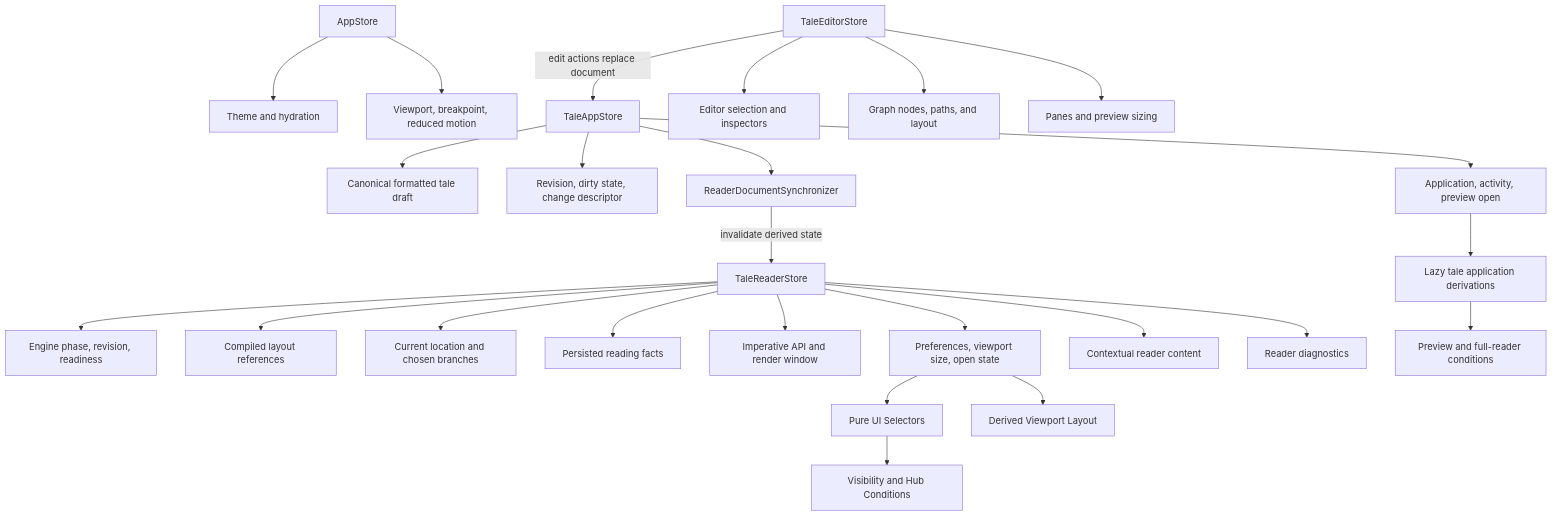
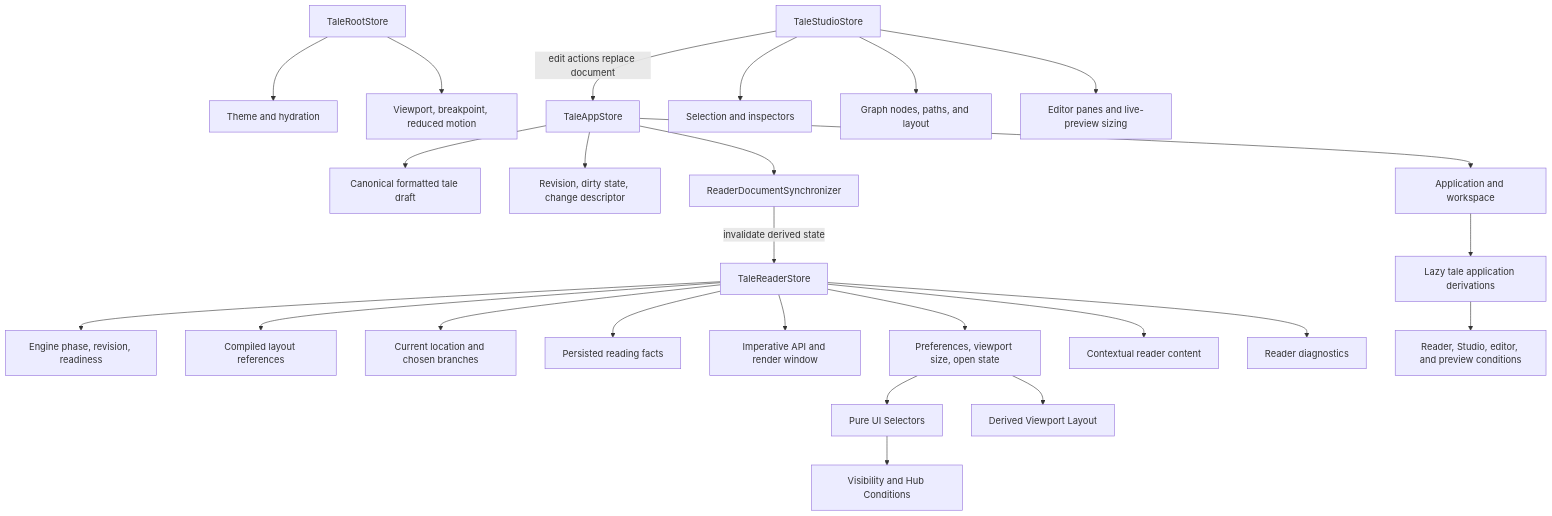
One commit to hexvictor/talescape changed the third of 6 diagrams in docs/application-architecture.md. Above: the diagram before and after it, drawn with Mermaid. The commit also changed other lines of this file and 533 other files, not shown here.

First line of the commit message:
feat(reader): complete autoplay and studio experience

````diff
--- a/docs/application-architecture.md
+++ b/docs/application-architecture.md
@@ -85,29 +89,29 @@
 ```mermaid
 flowchart TD
-    App[AppStore] --> Theme[Theme and hydration]
+    App[TaleRootStore] --> Theme[Theme and hydration]
     App --> Environment[Viewport, breakpoint, reduced motion]
     TaleApp[TaleAppStore] --> Tale[Canonical formatted tale draft]
     TaleApp --> Revision[Revision, dirty state, change descriptor]
-    TaleApp --> Runtime[Application, activity, preview open]
+    TaleApp --> Runtime[Application and workspace]
     Reader[TaleReaderStore] --> Engine[Engine phase, revision, readiness]
     Reader --> Compiled[Compiled layout references]
     Reader --> Navigation[Current location and chosen branches]
     Reader --> Progress[Persisted reading facts]
     Reader --> Scroll[Imperative API and render window]
     Reader --> UI[Preferences, viewport size, open state]
     Reader --> Hub[Contextual reader content]
     Reader --> Debug[Reader diagnostics]
-    Editor[TaleEditorStore] --> Selection[Editor selection and inspectors]
-    Editor --> EditorGraph[Graph nodes, paths, and layout]
-    Editor --> EditorWorkspace[Panes and preview sizing]
+    Studio[TaleStudioStore] --> Selection[Selection and inspectors]
+    Studio --> StudioGraph[Graph nodes, paths, and layout]
+    Studio --> EditorLayout[Editor panes and live-preview sizing]
 
     TaleApp --> Synchronizer[ReaderDocumentSynchronizer]
     Synchronizer -->|invalidate derived state| Reader
-    Editor -->|edit actions replace document| TaleApp
+    Studio -->|edit actions replace document| TaleApp
 
-	UI --> Derived[Pure UI Selectors]
+    UI --> Derived[Pure UI Selectors]
     Derived --> Visibility[Visibility and Hub Conditions]
     UI --> Layout[Derived Viewport Layout]
     Runtime --> RuntimeDerived[Lazy tale application derivations]
-    RuntimeDerived --> Previewing[Preview and full-reader conditions]
+    RuntimeDerived --> WorkspaceFlags[Reader, Studio, editor, and preview conditions]
 ```
````
